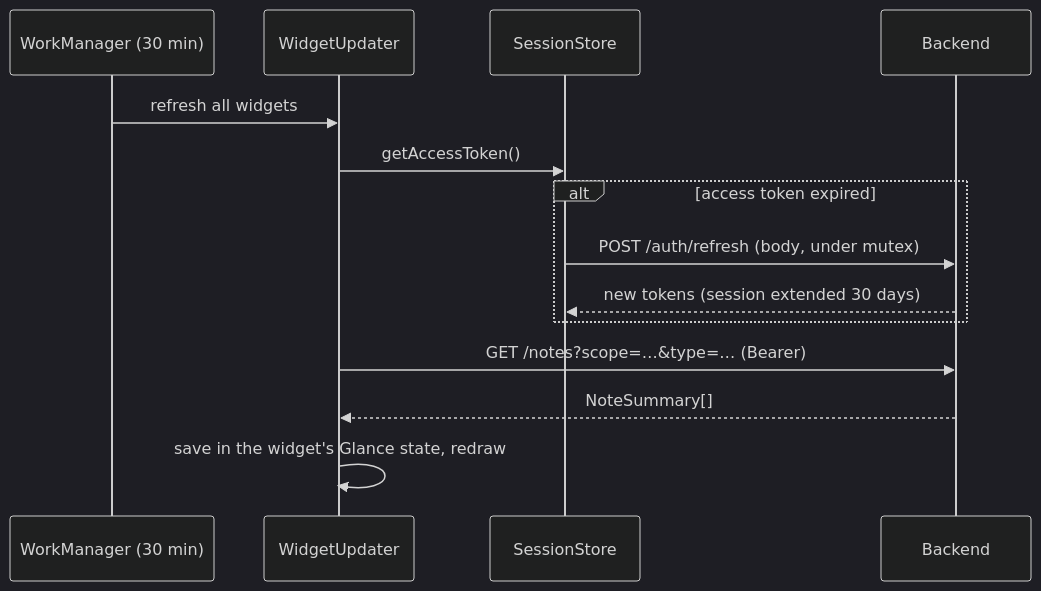
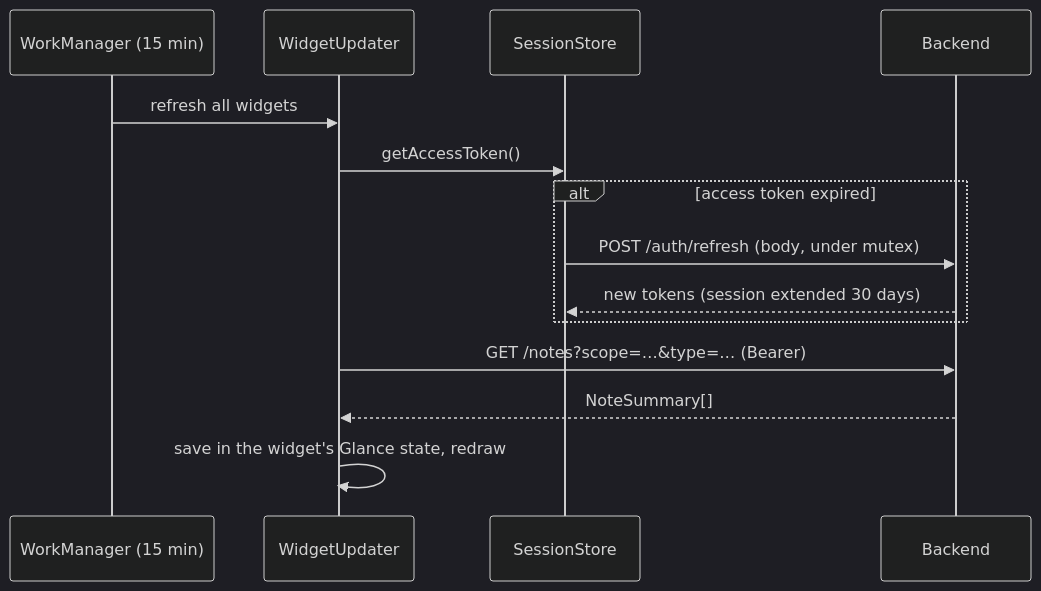
Before and after one commit to linklinsse/Self-Notes: the third of 3 diagrams in docs/architecture.md, drawn with Mermaid (dark theme). The commit also changed other lines of this file and 32 other files, not shown here.

````diff
--- a/docs/architecture.md
+++ b/docs/architecture.md
@@ -162,16 +164,16 @@
 ```mermaid
 sequenceDiagram
-    participant WM as WorkManager (30 min)
+    participant WM as WorkManager (15 min)
     participant R as WidgetUpdater
     participant S as SessionStore
     participant API as Backend
     WM->>R: refresh all widgets
     R->>S: getAccessToken()
     alt access token expired
         S->>API: POST /auth/refresh (body, under mutex)
         API-->>S: new tokens (session extended 30 days)
     end
     R->>API: GET /notes?scope=…&type=… (Bearer)
     API-->>R: NoteSummary[]
     R->>R: save in the widget's Glance state, redraw
 ```
````
